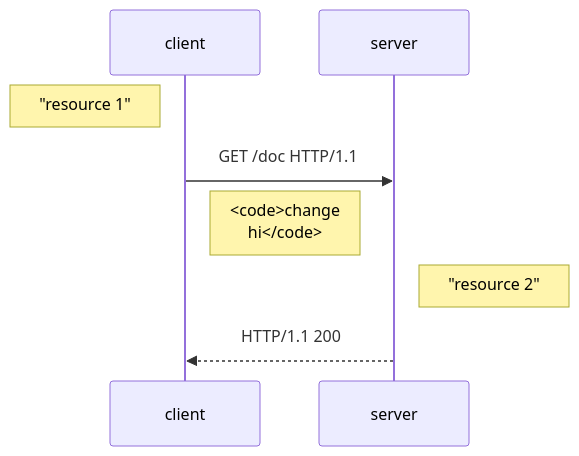
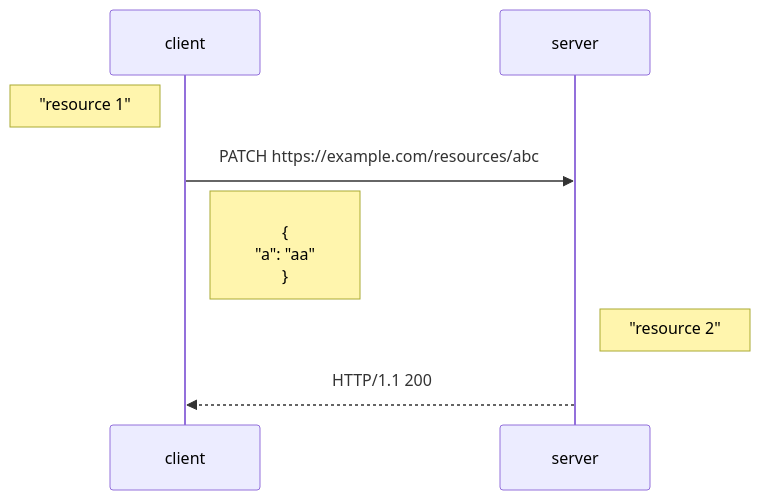
One commit to annelo-msft/gists changed the diagram in patch-models/samples.md. Above: the diagram before and after it, drawn with Mermaid. The commit also changed other lines of this file and 1 other file, not shown here.

````diff
--- a/patch-models/samples.md
+++ b/patch-models/samples.md
@@ -12,10 +12,10 @@
 ```mermaid
 sequenceDiagram
     participant client
     participant server
     Note left of client: "resource 1"
-    client->>server: GET /doc HTTP/1.1
-    Note right of client: <code>change <br> hi</code>
+    client->>server: PATCH https://example.com/resources/abc
+    Note right of client: <br> { <br> "a": "aa" <br> }
     Note right of server: "resource 2"
     server-->>client: HTTP/1.1 200
 ```
````
